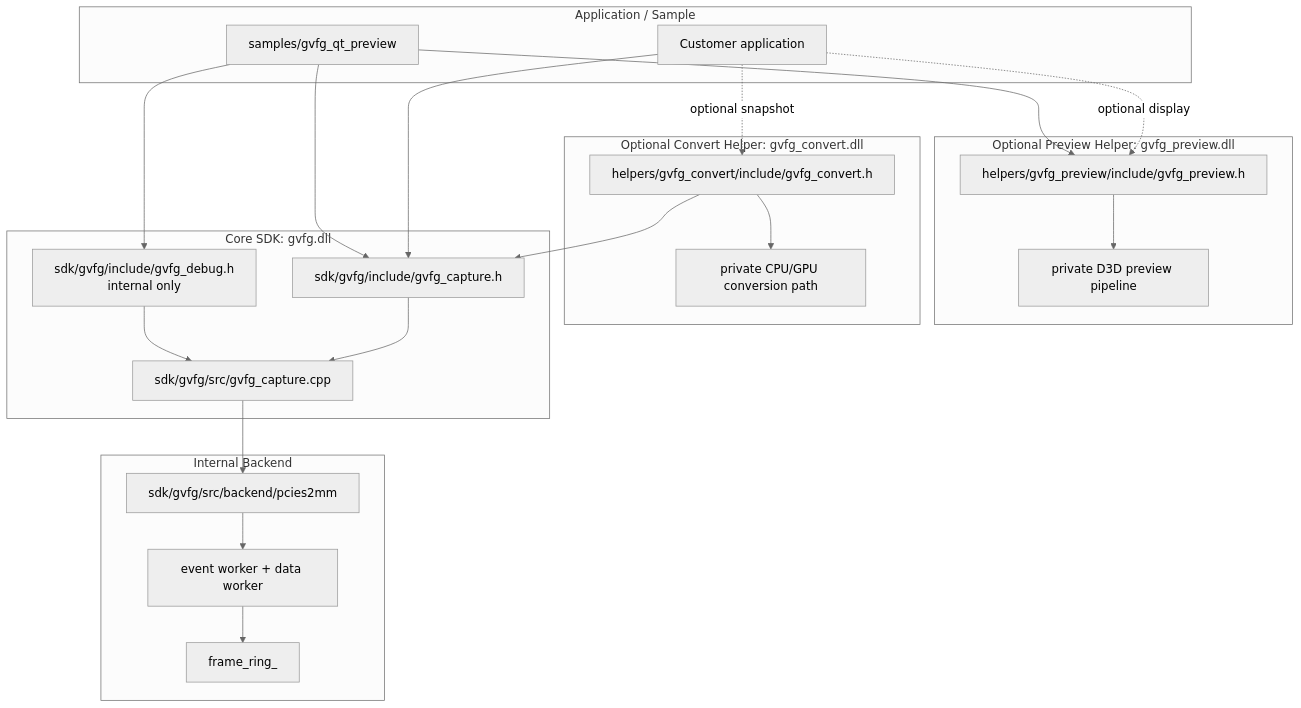
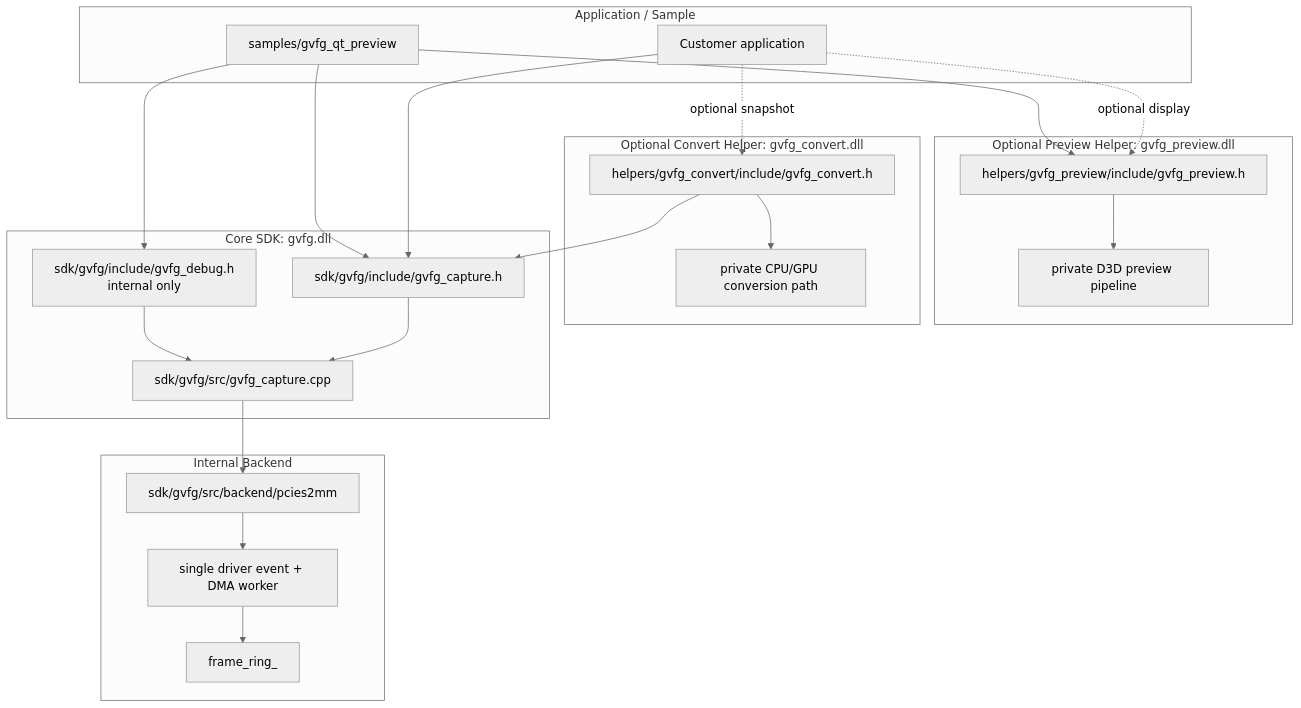
The diagram in docs/GVFG_INTERNAL_NOTES.md (MarquezLin/GVFG_Standalone), drawn with Mermaid (neutral theme) before and after one commit. The commit also changed other lines of this file and 11 other files, not shown here.

Commit message:
feat: migrate CaptureDemo capture flow into SDK

````diff
--- a/docs/GVFG_INTERNAL_NOTES.md
+++ b/docs/GVFG_INTERNAL_NOTES.md
@@ -33,44 +33,44 @@
 ```mermaid
 flowchart TD
     subgraph App["Application / Sample"]
         QtApp["samples/gvfg_qt_preview"]
         CustomerApp["Customer application"]
     end
 
     subgraph Preview["Optional Preview Helper: gvfg_preview.dll"]
         PreviewApi["helpers/gvfg_preview/include/gvfg_preview.h"]
         PreviewPipe["private D3D preview pipeline"]
     end
 
     subgraph Convert["Optional Convert Helper: gvfg_convert.dll"]
         ConvertApi["helpers/gvfg_convert/include/gvfg_convert.h"]
         ConvertPipe["private CPU/GPU conversion path"]
     end
 
     subgraph SDK["Core SDK: gvfg.dll"]
         CaptureApi["sdk/gvfg/include/gvfg_capture.h"]
         DebugApi["sdk/gvfg/include/gvfg_debug.h\ninternal only"]
         Facade["sdk/gvfg/src/gvfg_capture.cpp"]
     end
 
     subgraph Backend["Internal Backend"]
         PcieS2mm["sdk/gvfg/src/backend/pcies2mm"]
         Ring["frame_ring_"]
-        Workers["event worker + data worker"]
+        Workers["single driver event + DMA worker"]
     end
 
     CustomerApp --> CaptureApi
     CustomerApp -. optional display .-> PreviewApi
     CustomerApp -. optional snapshot .-> ConvertApi
     QtApp --> CaptureApi
     QtApp --> DebugApi
     QtApp --> PreviewApi
     PreviewApi --> PreviewPipe
     ConvertApi --> ConvertPipe
     ConvertApi --> CaptureApi
     CaptureApi --> Facade
     DebugApi --> Facade
     Facade --> PcieS2mm
     PcieS2mm --> Workers
     Workers --> Ring
 ```
````
